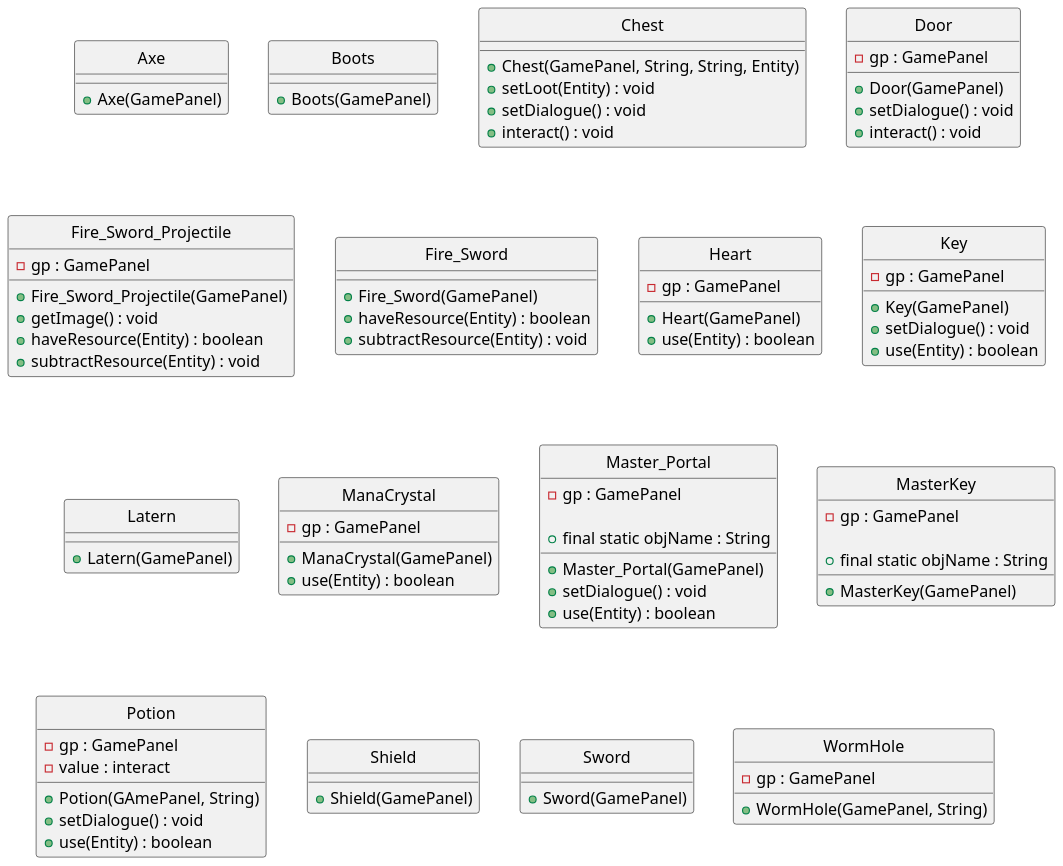
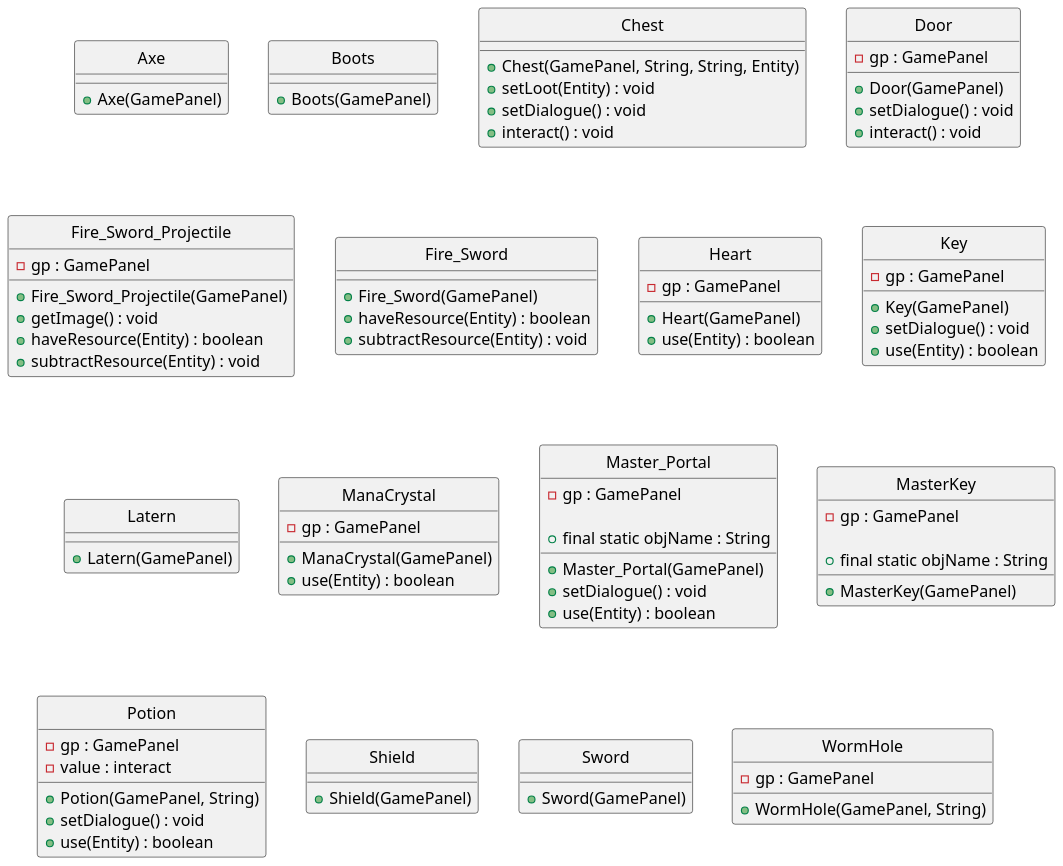
The diagram in Report/UML/items/items.puml (notrealqt/HCMIU-Escigma), drawn with PlantUML before and after one commit. The commit also changed 5 other files, not shown here.

```diff
--- a/Report/UML/items/items.puml
+++ b/Report/UML/items/items.puml
@@ -1,91 +1,91 @@
 @startuml "items"
 hide circle
 scale 1920*1080
 class Axe {
     + Axe(GamePanel)
 }
 class Boots {
     + Boots(GamePanel)
 }
 class Chest {
     + Chest(GamePanel, String, String, Entity)
     + setLoot(Entity) : void
     + setDialogue() : void
     + interact() : void
 }
 class Door {
     - gp : GamePanel
     
     + Door(GamePanel)
     + setDialogue() : void
     + interact() : void
 }
 class Fire_Sword_Projectile {
     - gp : GamePanel
     
     + Fire_Sword_Projectile(GamePanel)
     + getImage() : void
     + haveResource(Entity) : boolean
     + subtractResource(Entity) : void
 }
 class Fire_Sword {
     + Fire_Sword(GamePanel)
     + haveResource(Entity) : boolean
     + subtractResource(Entity) : void
 }
 class Heart {
     - gp : GamePanel
     
     + Heart(GamePanel)
     + use(Entity) : boolean
 }
 class Key {
     - gp : GamePanel
     
     + Key(GamePanel)
     + setDialogue() : void
     + use(Entity) : boolean
 }
 class Latern {
     + Latern(GamePanel)
 }
 class ManaCrystal {
     - gp : GamePanel
     
     + ManaCrystal(GamePanel) 
     + use(Entity) : boolean
 }
 class Master_Portal {
     - gp : GamePanel
     
     + final static objName : String
     + Master_Portal(GamePanel)
     + setDialogue() : void
     + use(Entity) : boolean
 }
 class MasterKey {
     - gp : GamePanel
     
     + final static objName : String
     + MasterKey(GamePanel)
 }
 class Potion {
     - gp : GamePanel
     - value : interact
     
-    + Potion(GAmePanel, String)
+    + Potion(GamePanel, String)
     + setDialogue() : void
     + use(Entity) : boolean
 }
 class Shield {
     + Shield(GamePanel)
 }
 class Sword {
     + Sword(GamePanel)
 }
 class WormHole {
     - gp : GamePanel
     
     + WormHole(GamePanel, String)
 }
 @enduml 
```
